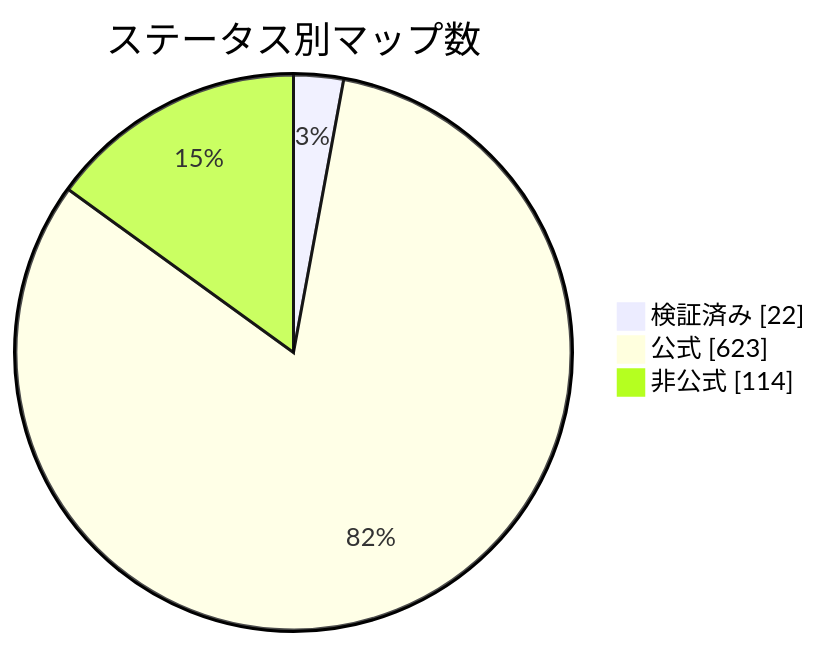
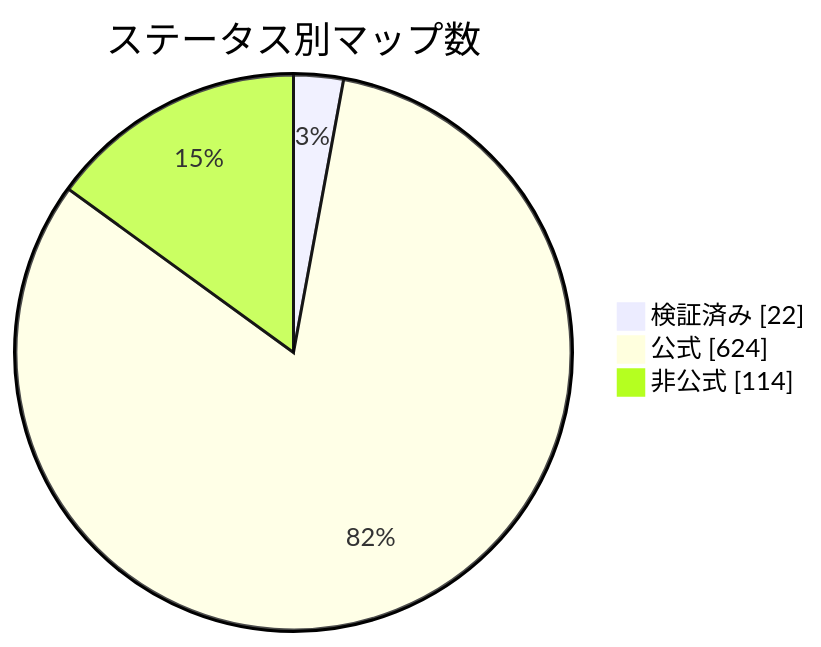
One commit to nobrega8/mbmap-library changed the diagram in docs/readme/README_JP.md. Above: the diagram before and after it, drawn with Mermaid. The commit also changed 6 other files, not shown here.

````diff
--- a/docs/readme/README_JP.md
+++ b/docs/readme/README_JP.md
@@ -54,7 +54,7 @@
 ```mermaid
 pie showData
     title ステータス別マップ数
     "検証済み" : 22
-    "公式" : 623
+    "公式" : 624
     "非公式" : 114
 ```
````
